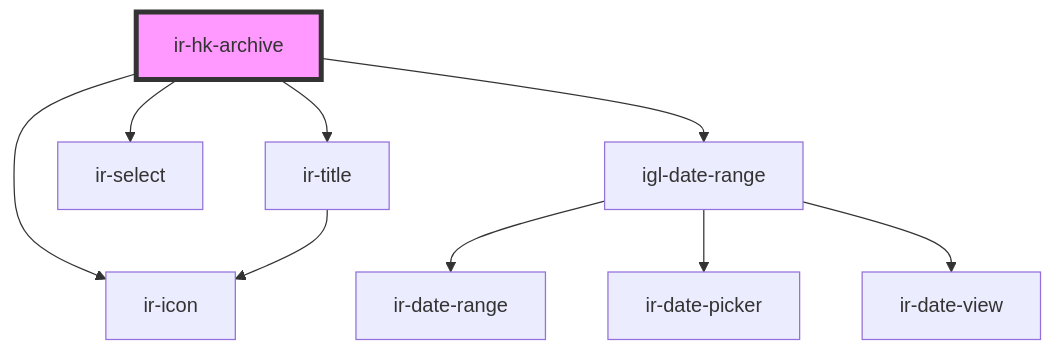
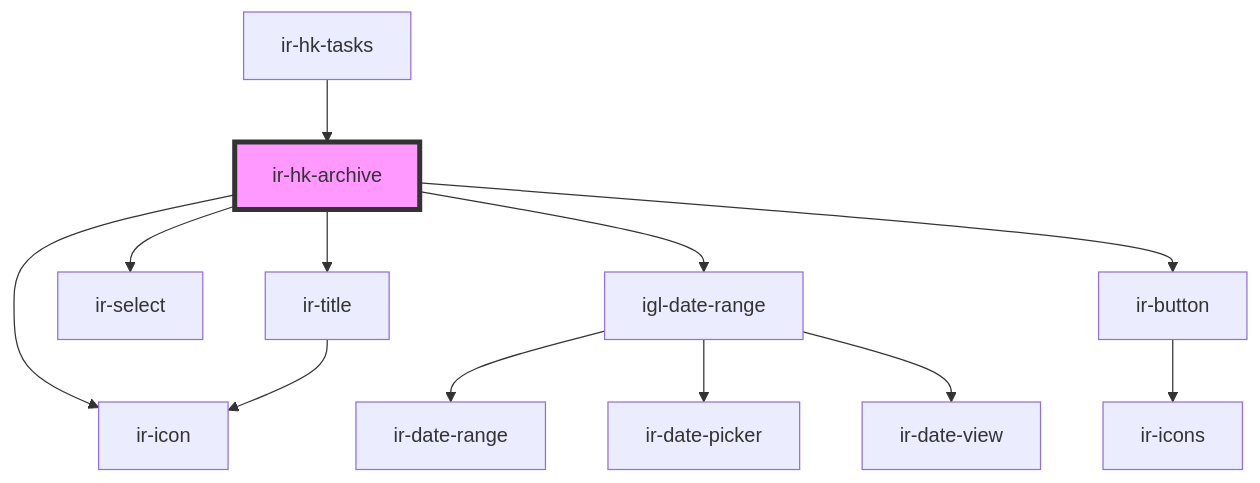
Before and after one commit to David1Chowaifaty/modified-ir-webcmp: the diagram in src/components/ir-housekeeping/ir-hk-tasks/ir-hk-archive/readme.md, drawn with Mermaid. The commit also changed other lines of this file and 24 other files, not shown here.

````diff
--- a/src/components/ir-housekeeping/ir-hk-tasks/ir-hk-archive/readme.md
+++ b/src/components/ir-housekeeping/ir-hk-tasks/ir-hk-archive/readme.md
@@ -18,12 +23,15 @@
 ```mermaid
 graph TD;
   ir-hk-archive --> ir-title
   ir-hk-archive --> ir-select
   ir-hk-archive --> igl-date-range
   ir-hk-archive --> ir-icon
+  ir-hk-archive --> ir-button
   ir-title --> ir-icon
   igl-date-range --> ir-date-range
   igl-date-range --> ir-date-picker
   igl-date-range --> ir-date-view
+  ir-button --> ir-icons
+  ir-hk-tasks --> ir-hk-archive
   style ir-hk-archive fill:#f9f,stroke:#333,stroke-width:4px
 ```
````
